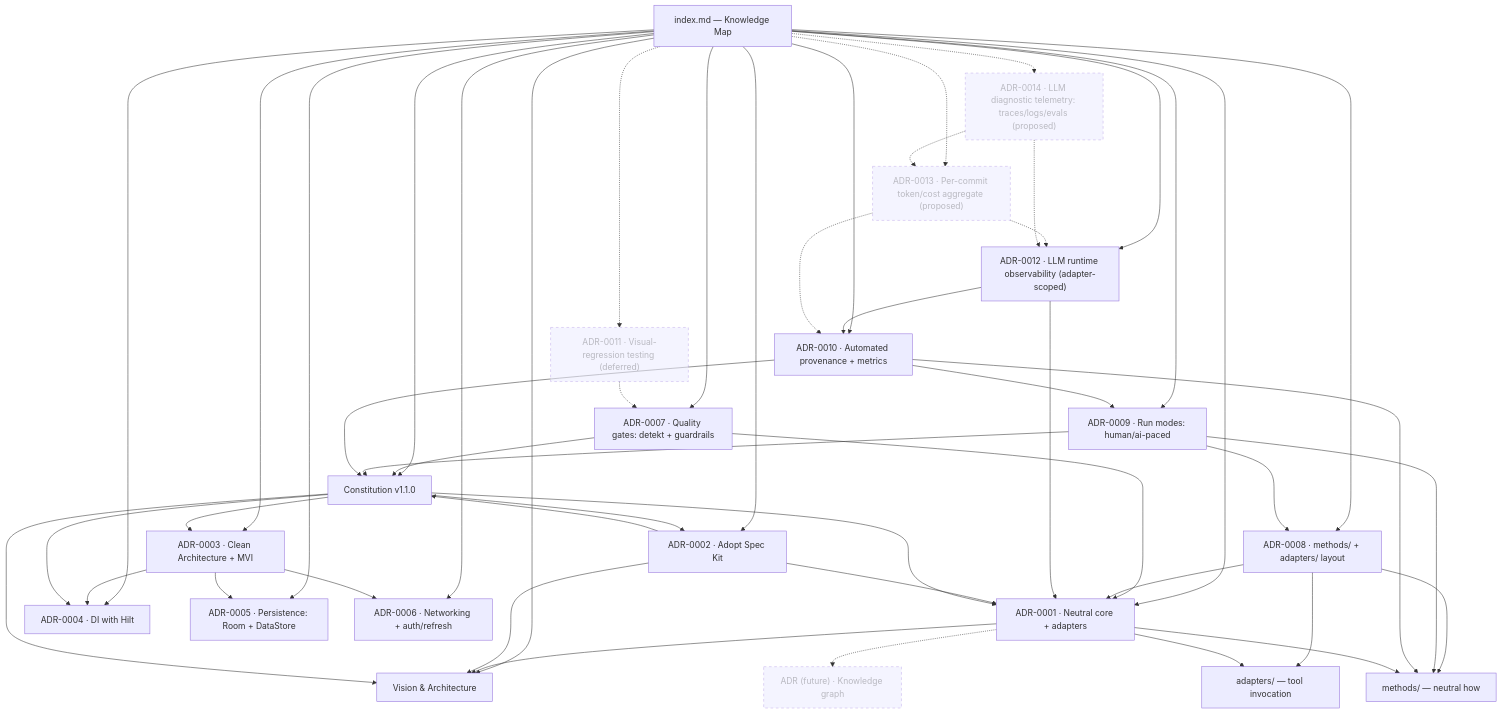
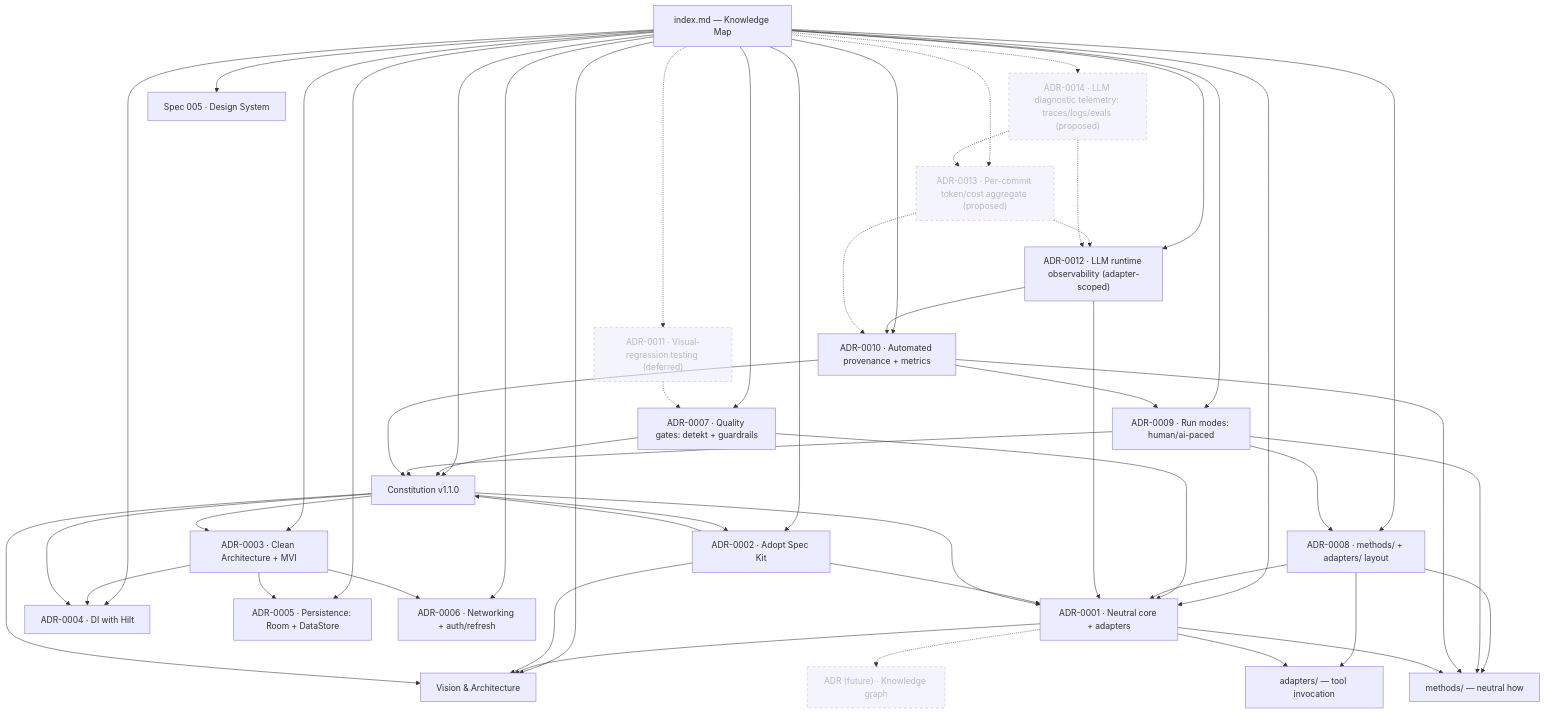
One commit to rodrigosimoesrosa/ai-native-android-development-system changed the diagram in index.md. Above: the diagram before and after it, drawn with Mermaid. The commit also changed other lines of this file and 8 other files, not shown here.

First line of the commit message:
feat(005): complete design system — detekt cleanup, gallery polish, KDoc (T030–T034)

````diff
--- a/index.md
+++ b/index.md
@@ -13,75 +13,77 @@
 ```mermaid
 graph TD
     IDX["index.md — Knowledge Map"]
     VIS["Vision & Architecture"]
     CON["Constitution v1.1.0"]
     A1["ADR-0001 · Neutral core + adapters"]
     A2["ADR-0002 · Adopt Spec Kit"]
     A3["ADR-0003 · Clean Architecture + MVI"]
     A4["ADR-0004 · DI with Hilt"]
     A5["ADR-0005 · Persistence: Room + DataStore"]
     A6["ADR-0006 · Networking + auth/refresh"]
     A7["ADR-0007 · Quality gates: detekt + guardrails"]
     A8["ADR-0008 · methods/ + adapters/ layout"]
     A9["ADR-0009 · Run modes: human/ai-paced"]
     A10["ADR-0010 · Automated provenance + metrics"]
     A11["ADR-0011 · Visual-regression testing (deferred)"]:::todo
     A12["ADR-0012 · LLM runtime observability (adapter-scoped)"]
     A13["ADR-0013 · Per-commit token/cost aggregate (proposed)"]:::todo
     A14["ADR-0014 · LLM diagnostic telemetry: traces/logs/evals (proposed)"]:::todo
     KG["ADR (future) · Knowledge graph"]:::todo
+    SP5["Spec 005 · Design System"]:::done
     MET["methods/ — neutral how"]
     ADP["adapters/ — tool invocation"]
 
     IDX --> VIS
     IDX --> CON
     IDX --> A1
     IDX --> A2
     IDX --> A3
     IDX --> A4
     IDX --> A5
     IDX --> A6
     IDX --> A7
     IDX --> A8
     A7 --> A1
     A7 --> CON
     A8 --> A1
     A8 --> MET
     A8 --> ADP
     IDX --> A9
     A9 --> A8
     A9 --> CON
     A9 --> MET
     IDX --> A10
     A10 --> CON
     A10 --> MET
     A10 --> A9
     IDX -.-> A11
     A11 -.-> A7
     IDX --> A12
     A12 --> A1
     A12 --> A10
     IDX -.-> A13
     A13 -.-> A12
     A13 -.-> A10
     IDX -.-> A14
     A14 -.-> A12
     A14 -.-> A13
     A1 --> VIS
     A2 --> A1
     A2 --> VIS
     A2 --> CON
     A3 --> A4
     A3 --> A5
     A3 --> A6
     CON --> VIS
     CON --> A1
     CON --> A2
     CON --> A3
     CON --> A4
     A1 --> MET
     A1 --> ADP
     A1 -.-> KG
+    IDX --> SP5
 
     classDef todo stroke-dasharray: 5 5,opacity:0.55;
 ```
````
